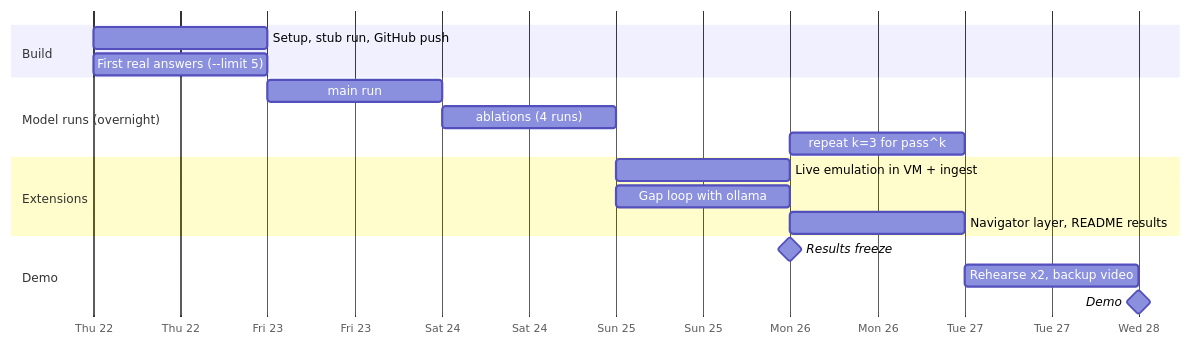
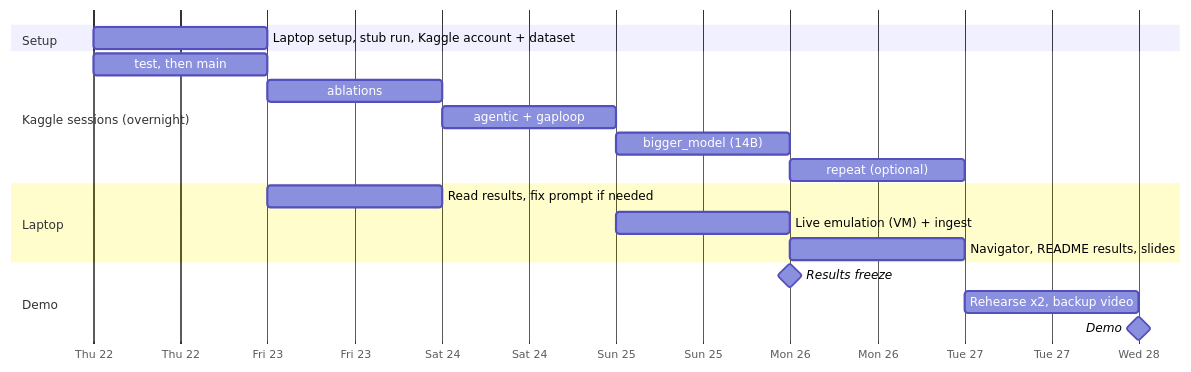
One commit to maverick-iac/ai-triage-assurance-lab changed the diagram in docs/PLAN.md. Above: the diagram before and after it, drawn with Mermaid. The commit also changed other lines of this file and 19 other files, not shown here.

Commit message:
Agentic investigation, critic agent, resumable stages and Kaggle notebook

````diff
--- a/docs/PLAN.md
+++ b/docs/PLAN.md
@@ -11,20 +8,21 @@
 ```mermaid
 gantt
     dateFormat  YYYY-MM-DD
     axisFormat  %a %d
-    section Build
-    Setup, stub run, GitHub push        :a1, 2026-10-22, 1d
-    First real answers (--limit 5)      :a2, 2026-10-22, 1d
-    section Model runs (overnight)
-    main run                            :b1, 2026-10-23, 1d
-    ablations (4 runs)                  :b2, 2026-10-24, 1d
-    repeat k=3 for pass^k               :b3, 2026-10-26, 1d
-    section Extensions
-    Live emulation in VM + ingest       :c1, 2026-10-25, 1d
-    Gap loop with ollama                :c2, 2026-10-25, 1d
-    Navigator layer, README results     :c3, 2026-10-26, 1d
+    section Setup
+    Laptop setup, stub run, Kaggle account + dataset     :a1, 2026-10-22, 1d
+    section Kaggle sessions (overnight)
+    test, then main                                     :b1, 2026-10-22, 1d
+    ablations                                           :b2, 2026-10-23, 1d
+    agentic + gaploop                                   :b3, 2026-10-24, 1d
+    bigger_model (14B)                                  :b4, 2026-10-25, 1d
+    repeat (optional)                                   :b5, 2026-10-26, 1d
+    section Laptop
+    Read results, fix prompt if needed                  :c1, 2026-10-23, 1d
+    Live emulation (VM) + ingest                        :c2, 2026-10-25, 1d
+    Navigator, README results, slides                   :c3, 2026-10-26, 1d
     section Demo
-    Results freeze                      :milestone, m1, 2026-10-26, 0d
-    Rehearse x2, backup video           :d1, 2026-10-27, 1d
-    Demo                                :milestone, m2, 2026-10-28, 0d
+    Results freeze                                      :milestone, m1, 2026-10-26, 0d
+    Rehearse x2, backup video                           :d1, 2026-10-27, 1d
+    Demo                                                :milestone, m2, 2026-10-28, 0d
 ```
````
